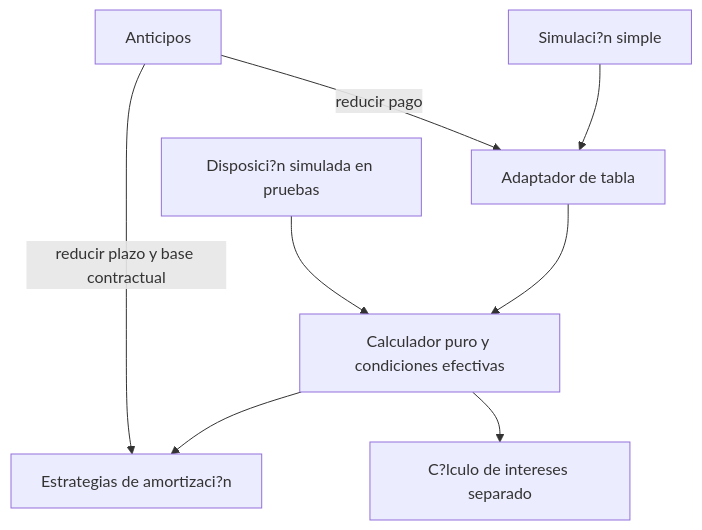
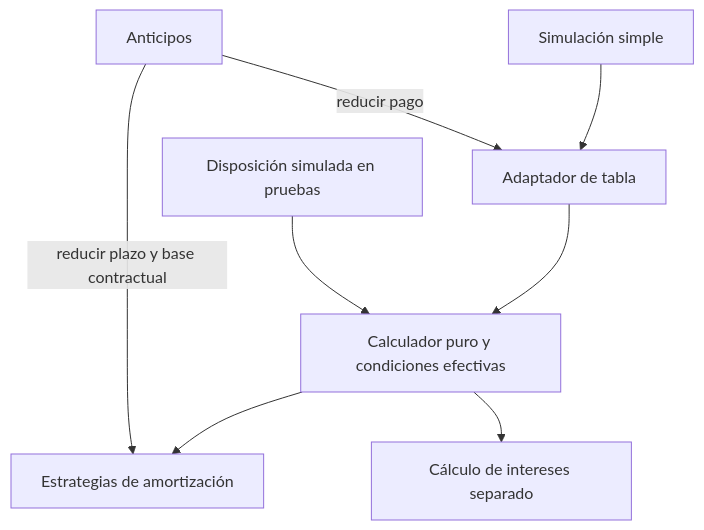
Before and after one commit to jata-imk/kronik: the diagram in docs/explanation/adr-0034-amortizacion-reutilizable.md, drawn with Mermaid. The commit also changed other lines of this file and 6 other files, not shown here.

````diff
--- a/docs/explanation/adr-0034-amortizacion-reutilizable.md
+++ b/docs/explanation/adr-0034-amortizacion-reutilizable.md
@@ -37,10 +37,10 @@
 ```mermaid
 flowchart TD
-    S[Simulaci?n simple] --> T[Adaptador de tabla]
+    S[Simulación simple] --> T[Adaptador de tabla]
     A[Anticipos] -->|reducir pago| T
     T --> C[Calculador puro y condiciones efectivas]
-    C --> E[Estrategias de amortizaci?n]
+    C --> E[Estrategias de amortización]
     A -->|reducir plazo y base contractual| E
-    C --> I[C?lculo de intereses separado]
-    D[Disposici?n simulada en pruebas] --> C
+    C --> I[Cálculo de intereses separado]
+    D[Disposición simulada en pruebas] --> C
 ```
````
